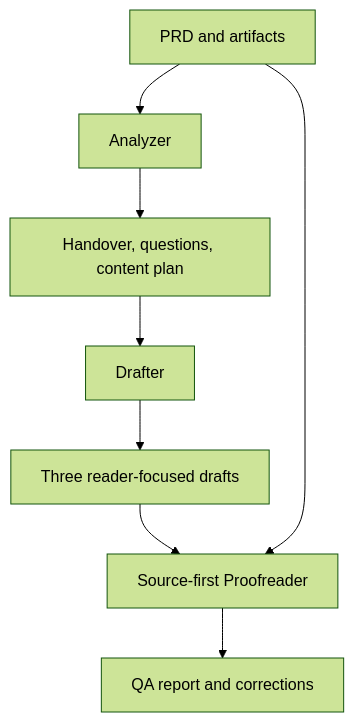
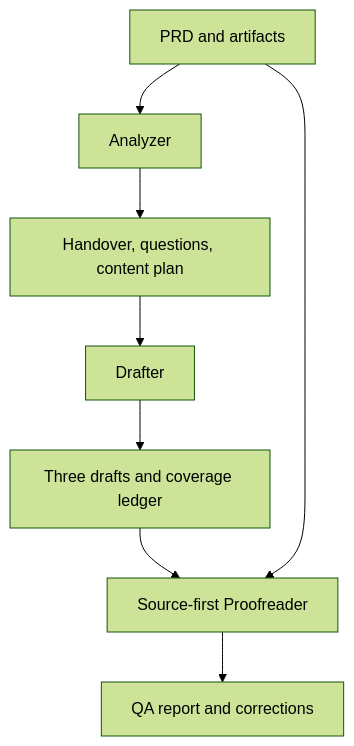
The diagram in README.md (AzariahOnyx/docforge-skills), drawn with Mermaid (forest theme) before and after one commit. The commit also changed other lines of this file and 18 other files, not shown here.

````diff
--- a/README.md
+++ b/README.md
@@ -18,10 +18,10 @@
 ```mermaid
 flowchart TD
     A["PRD and artifacts"] --> B["Analyzer"]
     B --> C["Handover, questions, content plan"]
     C --> D["Drafter"]
-    D --> E["Three reader-focused drafts"]
+    D --> E["Three drafts and coverage ledger"]
     E --> F["Source-first Proofreader"]
     A --> F
     F --> G["QA report and corrections"]
 ```
````
